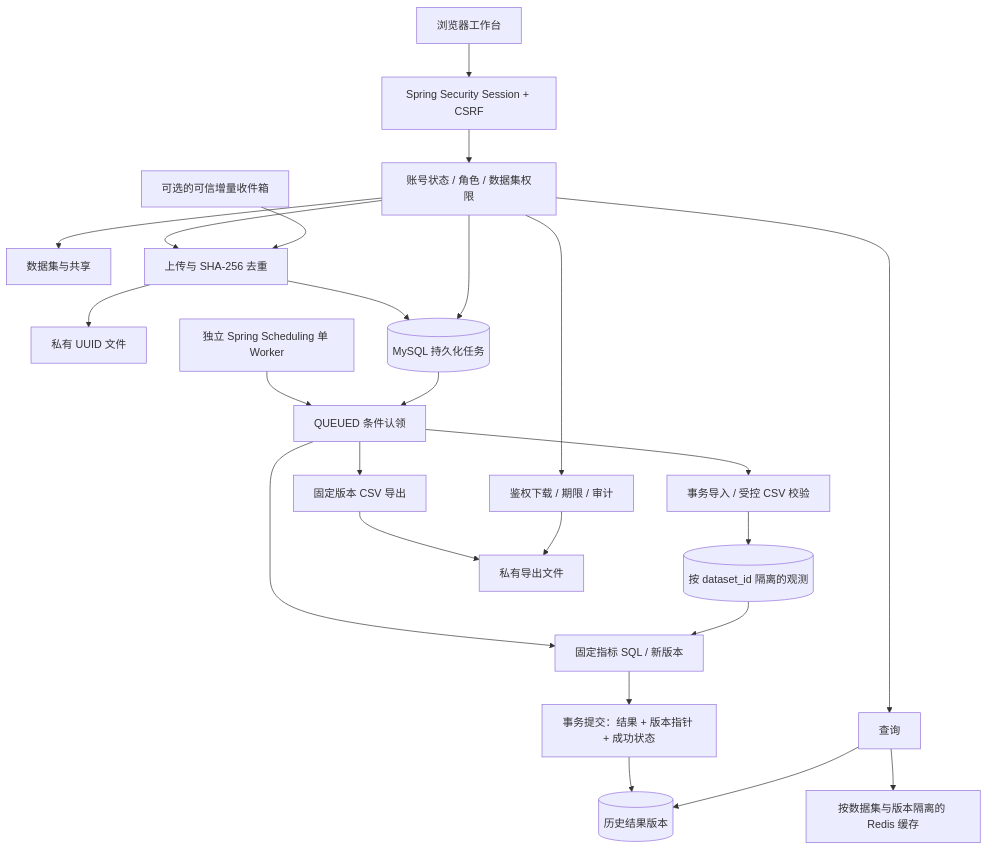
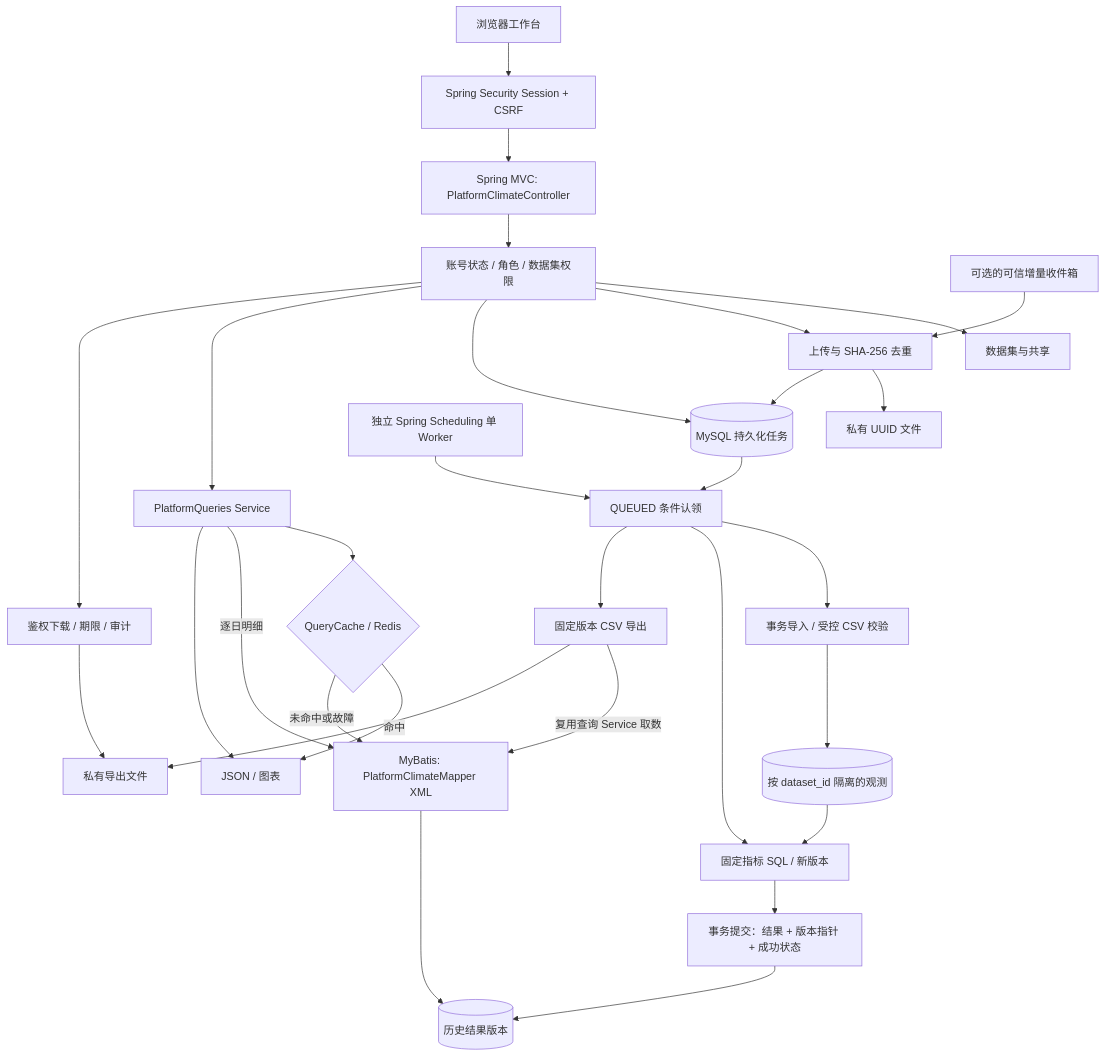
One commit to xzxzuo/ucas-climate-service changed the diagram in docs/platform-guide.md. Above: the diagram before and after it, drawn with Mermaid. The commit also changed other lines of this file and 17 other files, not shown here.

````diff
--- a/docs/platform-guide.md
+++ b/docs/platform-guide.md
@@ -96,26 +96,32 @@
 ```mermaid
 flowchart TD
   UI[浏览器工作台] --> AUTH[Spring Security Session + CSRF]
-  AUTH --> ACL[账号状态 / 角色 / 数据集权限]
+  AUTH --> MVC[Spring MVC: PlatformClimateController]
+  MVC --> ACL[账号状态 / 角色 / 数据集权限]
   ACL --> DATA[数据集与共享]
   ACL --> UPLOAD[上传与 SHA-256 去重]
   INBOX[可选的可信增量收件箱] --> UPLOAD
   UPLOAD --> PRIVATE[私有 UUID 文件]
   UPLOAD --> QUEUE[(MySQL 持久化任务)]
   ACL --> QUEUE
   SCHED[独立 Spring Scheduling 单 Worker] --> CLAIM[QUEUED 条件认领]
   QUEUE --> CLAIM
   CLAIM --> IMPORT[事务导入 / 受控 CSV 校验]
   CLAIM --> COMPUTE[固定指标 SQL / 新版本]
   CLAIM --> EXPORT[固定版本 CSV 导出]
   IMPORT --> RAW[(按 dataset_id 隔离的观测)]
   RAW --> COMPUTE
   COMPUTE --> PUBLISH[事务提交：结果 + 版本指针 + 成功状态]
   PUBLISH --> RESULTS[(历史结果版本)]
-  ACL --> QUERY[查询]
-  QUERY --> REDIS[按数据集与版本隔离的 Redis 缓存]
-  QUERY --> RESULTS
+  ACL --> QUERY[PlatformQueries Service]
+  QUERY --> REDIS{QueryCache / Redis}
+  REDIS -->|命中| RESPONSE[JSON / 图表]
+  REDIS -->|未命中或故障| MAPPER[MyBatis: PlatformClimateMapper XML]
+  QUERY -->|逐日明细| MAPPER
+  MAPPER --> RESULTS
+  EXPORT -->|复用查询 Service 取数| MAPPER
+  QUERY --> RESPONSE
   EXPORT --> FILES[私有导出文件]
   ACL --> DOWNLOAD[鉴权下载 / 期限 / 审计]
   DOWNLOAD --> FILES
 ```
````
